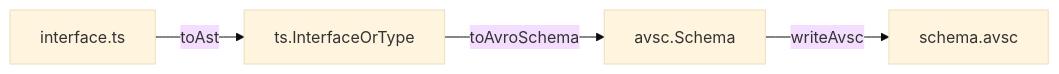
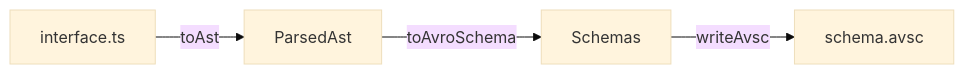
The first of 2 diagrams in README.md (omervk/ts2avsc), drawn with Mermaid (base theme) before and after one commit. The commit also changed other lines of this file and 33 other files, not shown here.

````diff
--- a/README.md
+++ b/README.md
@@ -122,6 +122,6 @@
 ```mermaid
 graph LR;
-    interface.ts-- toAst -->ts.InterfaceOrType
-    ts.InterfaceOrType-- toAvroSchema -->avsc.Schema
-    avsc.Schema-- writeAvsc -->schema.avsc
+    interface.ts-- toAst -->ParsedAst
+    ParsedAst-- toAvroSchema -->Schemas
+    Schemas-- writeAvsc -->schema.avsc
 ```
````
